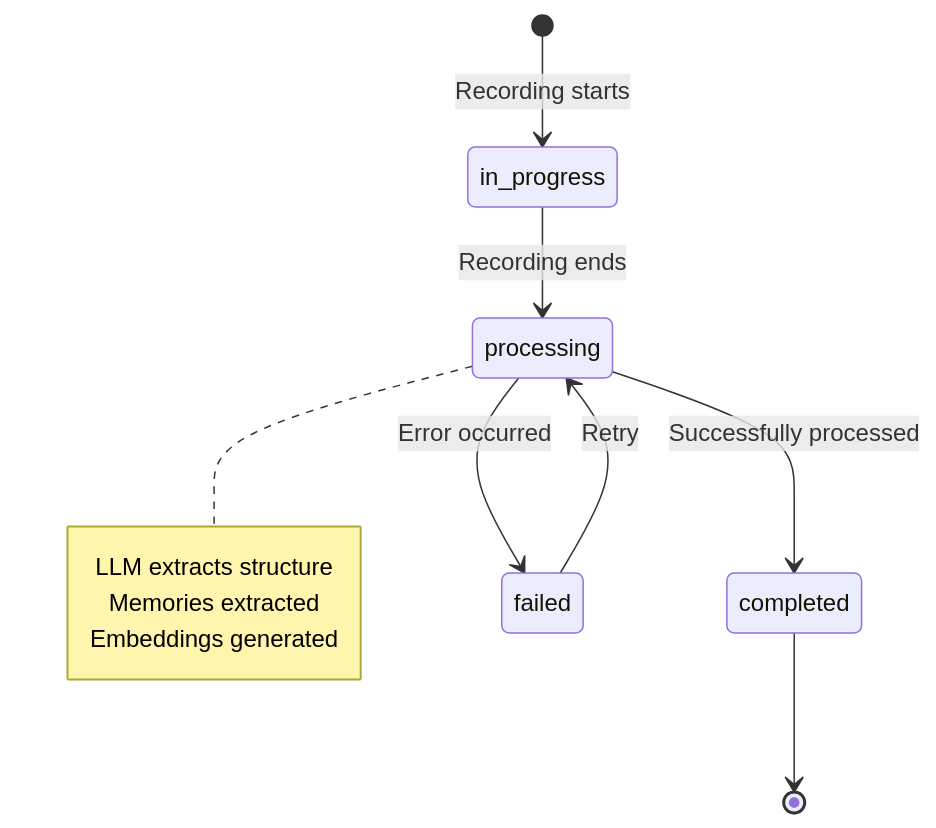
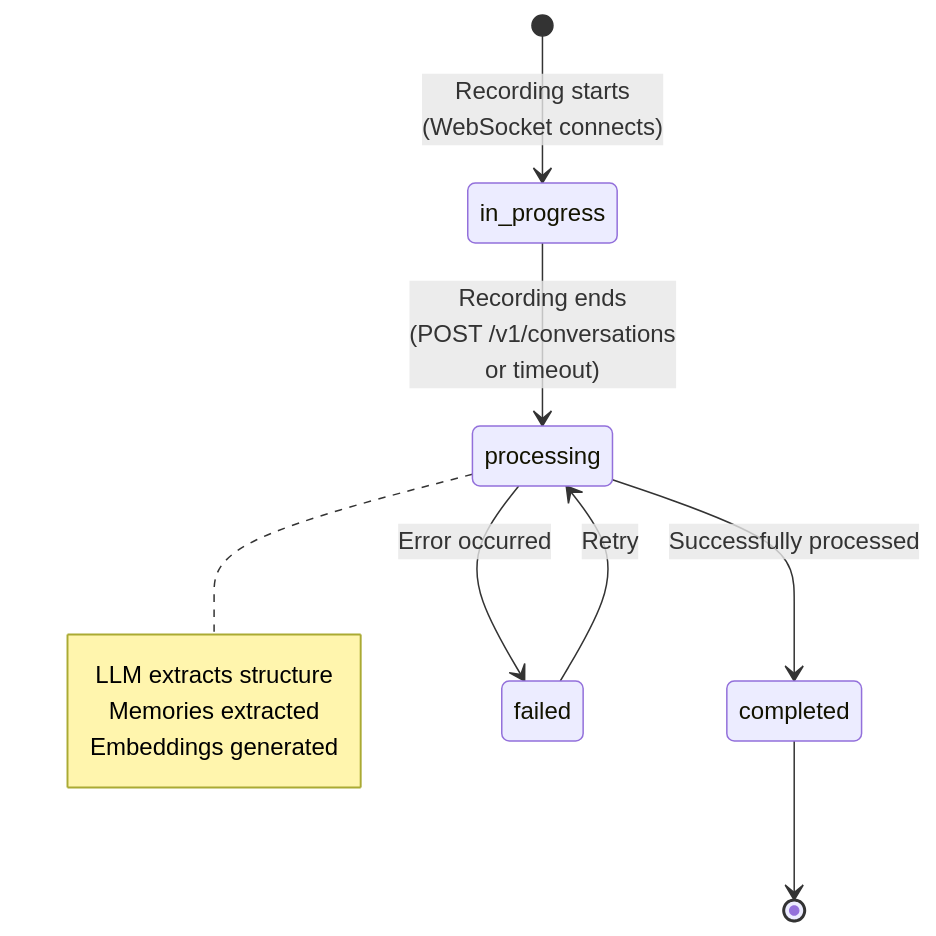
The second of 4 diagrams in docs/doc/developer/backend/backend_deepdive.mdx (DG303/omi), drawn with Mermaid before and after one commit. The commit also changed other lines of this file, not shown here.

````diff
--- a/docs/doc/developer/backend/backend_deepdive.mdx
+++ b/docs/doc/developer/backend/backend_deepdive.mdx
@@ -211,15 +216,15 @@
 ```mermaid
 stateDiagram-v2
-    [*] --> in_progress: Recording starts
-    in_progress --> processing: Recording ends
+    [*] --> in_progress: Recording starts<br/>(WebSocket connects)
+    in_progress --> processing: Recording ends<br/>(POST /v1/conversations<br/>or timeout)
     processing --> completed: Successfully processed
     processing --> failed: Error occurred
     completed --> [*]
     failed --> processing: Retry
 
     note right of processing
         LLM extracts structure
         Memories extracted
         Embeddings generated
     end note
 ```
````
